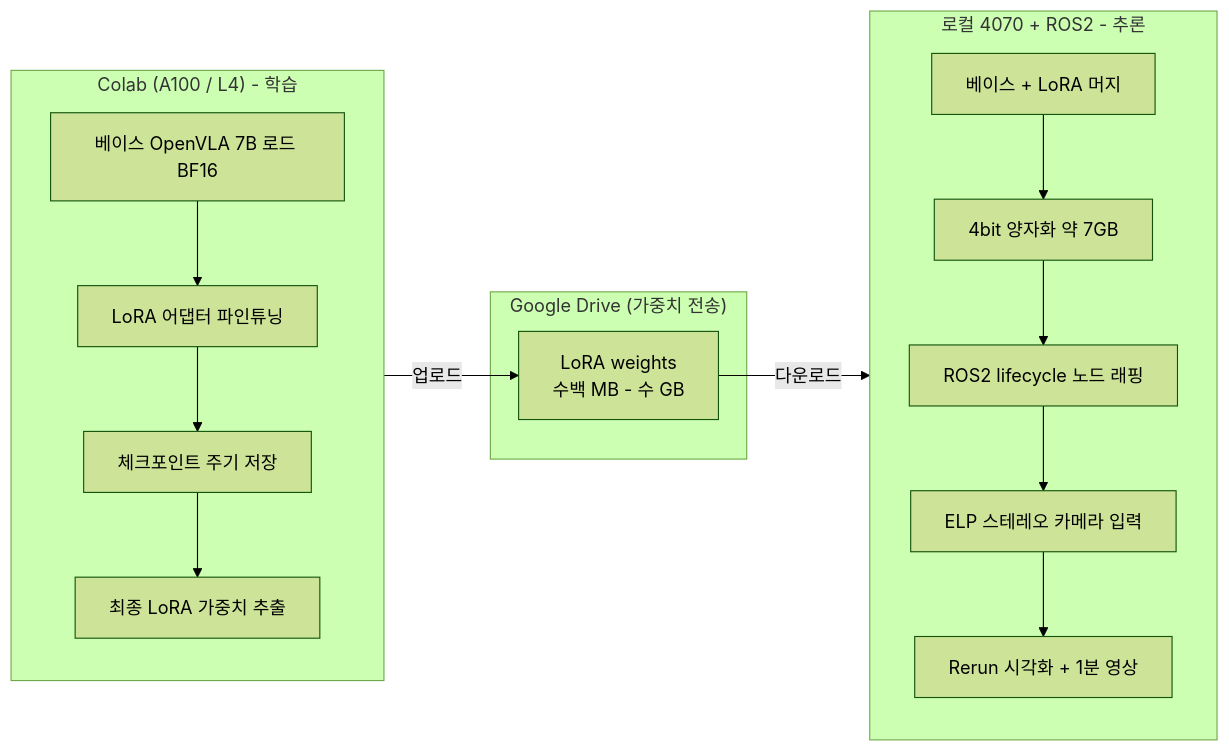
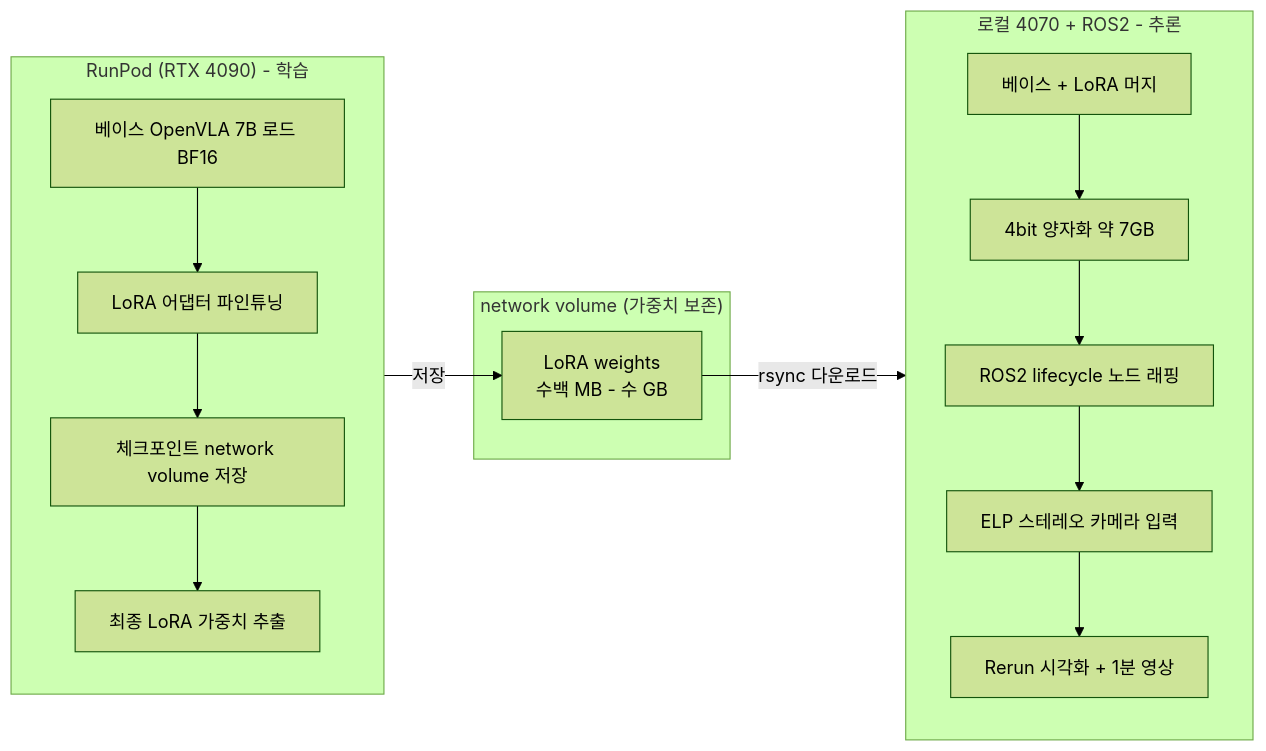
One commit to tylee-yeonge/physical-ai-study changed the first of 2 diagrams in Studies/Phase 4/SETUP.md. Above: the diagram before and after it, drawn with Mermaid (forest theme). The commit also changed other lines of this file and 7 other files, not shown here.

Commit message:
docs: replace colab with runpod as cloud compute across setup and roadmap

````diff
--- a/Studies/Phase 4/SETUP.md
+++ b/Studies/Phase 4/SETUP.md
@@ -95,28 +93,28 @@
 ```mermaid
 flowchart LR
-    subgraph Colab["Colab (A100 / L4) - 학습"]
+    subgraph RunPod["RunPod (RTX 4090) - 학습"]
         direction TB
         C1[베이스 OpenVLA 7B 로드 BF16]
         C2[LoRA 어댑터 파인튜닝]
-        C3[체크포인트 주기 저장]
+        C3[체크포인트 network volume 저장]
         C4[최종 LoRA 가중치 추출]
         C1 --> C2 --> C3 --> C4
     end
 
-    subgraph Drive["Google Drive (가중치 전송)"]
+    subgraph Volume["network volume (가중치 보존)"]
         D1[LoRA weights<br/>수백 MB - 수 GB]
     end
 
     subgraph Local["로컬 4070 + ROS2 - 추론"]
         direction TB
         L1[베이스 + LoRA 머지]
         L2[4bit 양자화 약 7GB]
         L3[ROS2 lifecycle 노드 래핑]
         L4[ELP 스테레오 카메라 입력]
         L5[Rerun 시각화 + 1분 영상]
         L1 --> L2 --> L3 --> L4 --> L5
     end
 
-    C4 -->|업로드| D1
-    D1 -->|다운로드| L1
+    C4 -->|저장| D1
+    D1 -->|rsync 다운로드| L1
 ```
````
